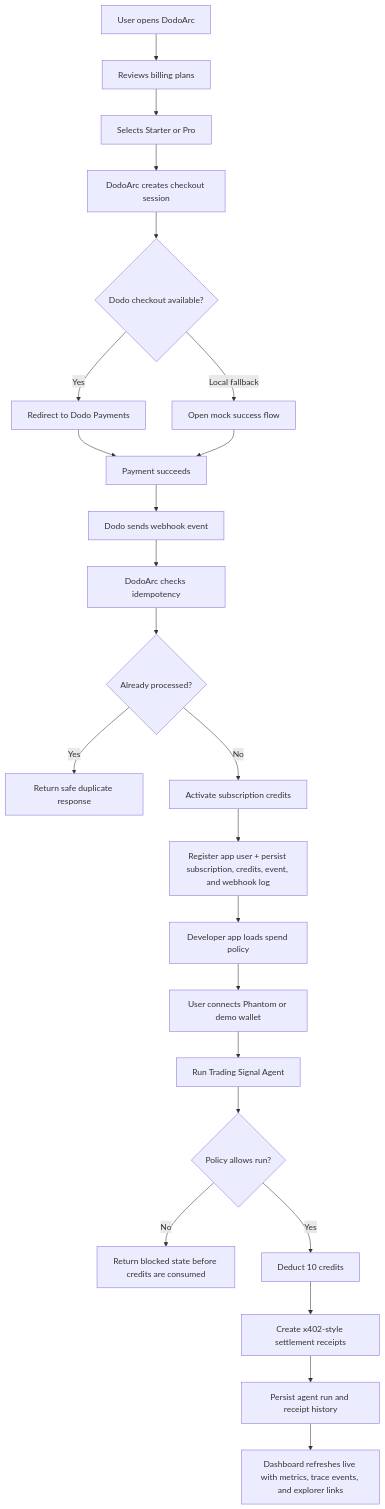
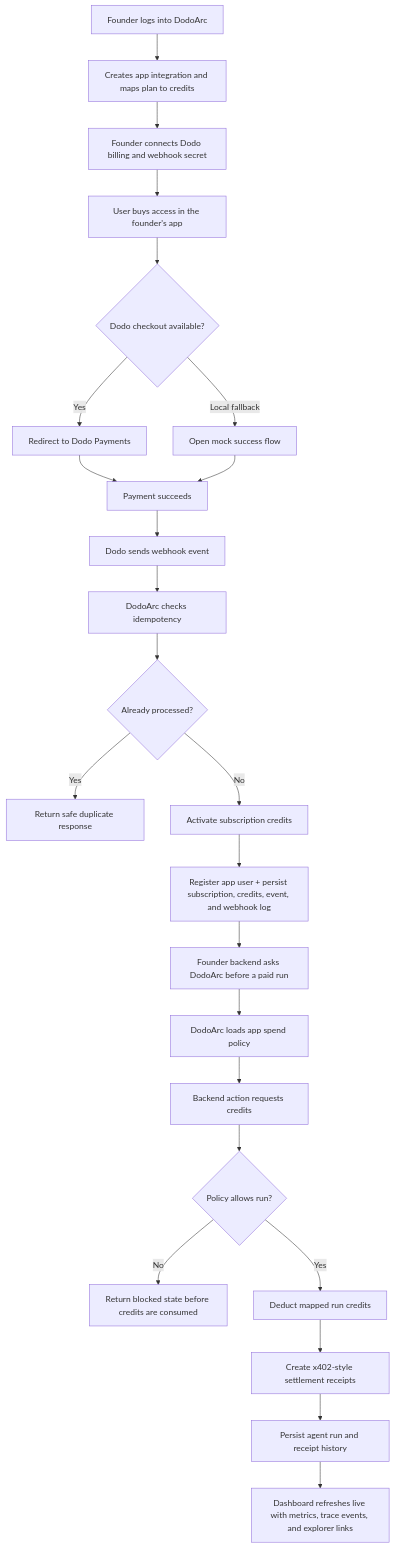
One commit to ShivamSoni20/DodoArc changed the second of 5 diagrams in README.md. Above: the diagram before and after it, drawn with Mermaid. The commit also changed other lines of this file and 27 other files, not shown here.

Commit message:
Polish auth flow and demo docs

````diff
--- a/README.md
+++ b/README.md
@@ -160,26 +163,26 @@
 ```mermaid
 flowchart TD
-    A["User opens DodoArc"] --> B["Reviews billing plans"]
-    B --> C["Selects Starter or Pro"]
-    C --> D["DodoArc creates checkout session"]
+    A["Founder logs into DodoArc"] --> B["Creates app integration and maps plan to credits"]
+    B --> C["Founder connects Dodo billing and webhook secret"]
+    C --> D["User buys access in the founder's app"]
     D --> E{"Dodo checkout available?"}
     E -->|Yes| F["Redirect to Dodo Payments"]
     E -->|Local fallback| G["Open mock success flow"]
     F --> H["Payment succeeds"]
     G --> H
     H --> I["Dodo sends webhook event"]
     I --> J["DodoArc checks idempotency"]
     J --> K{"Already processed?"}
     K -->|Yes| L["Return safe duplicate response"]
     K -->|No| M["Activate subscription credits"]
     M --> N["Register app user + persist subscription, credits, event, and webhook log"]
-    N --> O["Developer app loads spend policy"]
-    O --> P["User connects Phantom or demo wallet"]
-    P --> Q["Run Trading Signal Agent"]
+    N --> O["Founder backend asks DodoArc before a paid run"]
+    O --> P["DodoArc loads app spend policy"]
+    P --> Q["Backend action requests credits"]
     Q --> R{"Policy allows run?"}
     R -->|No| S["Return blocked state before credits are consumed"]
-    R -->|Yes| T["Deduct 10 credits"]
+    R -->|Yes| T["Deduct mapped run credits"]
     T --> U["Create x402-style settlement receipts"]
     U --> V["Persist agent run and receipt history"]
     V --> W["Dashboard refreshes live with metrics, trace events, and explorer links"]
 ```
````
